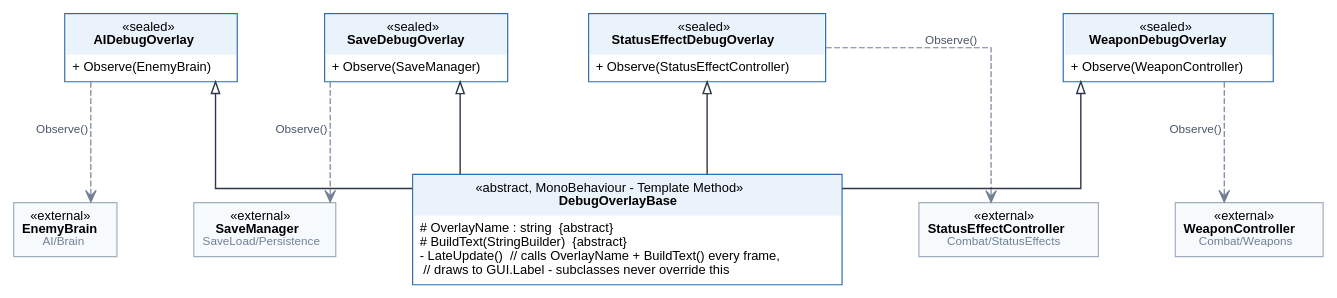
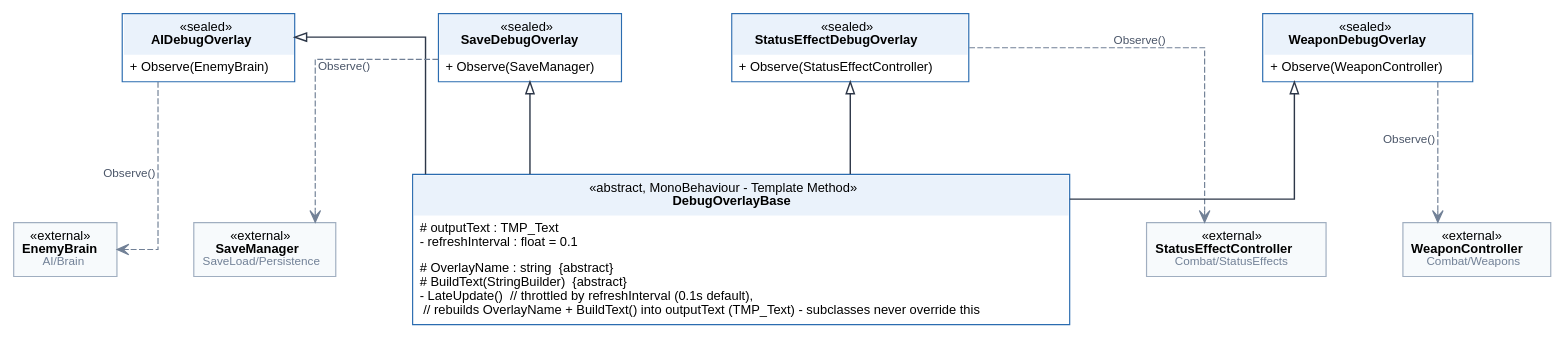
The diagram in Docs/diagrams/debugtools-class-diagram.dot (Kandy2705/Tactical-Echo), drawn with Graphviz before and after one commit. The commit also changed 7 other files, not shown here.

```diff
--- a/Docs/diagrams/debugtools-class-diagram.dot
+++ b/Docs/diagrams/debugtools-class-diagram.dot
@@ -1,27 +1,27 @@
 digraph debugtools_class_diagram {
   rankdir=TB;
   bgcolor="white";
   fontname="Helvetica";
   splines=ortho;
   concentrate=false;
   node [fontname="Helvetica", fontsize=11];
   edge [fontname="Helvetica", fontsize=10];
   nodesep=0.9; ranksep=1.1;
-  "DebugOverlayBase" [shape=plain, label=<<table border="1" color="#2b6cb0" cellborder="0" cellspacing="0" bgcolor="white"><tr><td bgcolor="#eaf2fb" align="center" cellpadding="6">&laquo;abstract, MonoBehaviour - Template Method&raquo;<br/><b>DebugOverlayBase</b></td></tr><tr><td align="left" cellpadding="5"># OverlayName : string  {abstract}<br align="left"/># BuildText(StringBuilder)  {abstract}<br align="left"/>- LateUpdate()  // calls OverlayName + BuildText() every frame,<br align="left"/>  // draws to GUI.Label - subclasses never override this<br align="left"/></td></tr></table>>];
+  "DebugOverlayBase" [shape=plain, label=<<table border="1" color="#2b6cb0" cellborder="0" cellspacing="0" bgcolor="white"><tr><td bgcolor="#eaf2fb" align="center" cellpadding="6">&laquo;abstract, MonoBehaviour - Template Method&raquo;<br/><b>DebugOverlayBase</b></td></tr><tr><td align="left" cellpadding="5"># outputText : TMP_Text<br align="left"/>- refreshInterval : float = 0.1<br align="left"/></td></tr><tr><td align="left" cellpadding="5"># OverlayName : string  {abstract}<br align="left"/># BuildText(StringBuilder)  {abstract}<br align="left"/>- LateUpdate()  // throttled by refreshInterval (0.1s default),<br align="left"/>  // rebuilds OverlayName + BuildText() into outputText (TMP_Text) - subclasses never override this<br align="left"/></td></tr></table>>];
   "AIDebugOverlay" [shape=plain, label=<<table border="1" color="#2b6cb0" cellborder="0" cellspacing="0" bgcolor="white"><tr><td bgcolor="#eaf2fb" align="center" cellpadding="6">&laquo;sealed&raquo;<br/><b>AIDebugOverlay</b></td></tr><tr><td align="left" cellpadding="5">+ Observe(EnemyBrain)<br align="left"/></td></tr></table>>];
   "SaveDebugOverlay" [shape=plain, label=<<table border="1" color="#2b6cb0" cellborder="0" cellspacing="0" bgcolor="white"><tr><td bgcolor="#eaf2fb" align="center" cellpadding="6">&laquo;sealed&raquo;<br/><b>SaveDebugOverlay</b></td></tr><tr><td align="left" cellpadding="5">+ Observe(SaveManager)<br align="left"/></td></tr></table>>];
   "StatusEffectDebugOverlay" [shape=plain, label=<<table border="1" color="#2b6cb0" cellborder="0" cellspacing="0" bgcolor="white"><tr><td bgcolor="#eaf2fb" align="center" cellpadding="6">&laquo;sealed&raquo;<br/><b>StatusEffectDebugOverlay</b></td></tr><tr><td align="left" cellpadding="5">+ Observe(StatusEffectController)<br align="left"/></td></tr></table>>];
   "WeaponDebugOverlay" [shape=plain, label=<<table border="1" color="#2b6cb0" cellborder="0" cellspacing="0" bgcolor="white"><tr><td bgcolor="#eaf2fb" align="center" cellpadding="6">&laquo;sealed&raquo;<br/><b>WeaponDebugOverlay</b></td></tr><tr><td align="left" cellpadding="5">+ Observe(WeaponController)<br align="left"/></td></tr></table>>];
   "EnemyBrain" [shape=plain, label=<<table border="1" color="#a0aec0" cellborder="0" cellspacing="0" bgcolor="#f7fafc"><tr><td cellpadding="6">&laquo;external&raquo;<br/><b>EnemyBrain</b><br/><font point-size="10" color="#718096">AI/Brain</font></td></tr></table>>];
   "SaveManager" [shape=plain, label=<<table border="1" color="#a0aec0" cellborder="0" cellspacing="0" bgcolor="#f7fafc"><tr><td cellpadding="6">&laquo;external&raquo;<br/><b>SaveManager</b><br/><font point-size="10" color="#718096">SaveLoad/Persistence</font></td></tr></table>>];
   "StatusEffectController" [shape=plain, label=<<table border="1" color="#a0aec0" cellborder="0" cellspacing="0" bgcolor="#f7fafc"><tr><td cellpadding="6">&laquo;external&raquo;<br/><b>StatusEffectController</b><br/><font point-size="10" color="#718096">Combat/StatusEffects</font></td></tr></table>>];
   "WeaponController" [shape=plain, label=<<table border="1" color="#a0aec0" cellborder="0" cellspacing="0" bgcolor="#f7fafc"><tr><td cellpadding="6">&laquo;external&raquo;<br/><b>WeaponController</b><br/><font point-size="10" color="#718096">Combat/Weapons</font></td></tr></table>>];
   "AIDebugOverlay" -> "DebugOverlayBase" [dir=back, arrowtail=empty, style=solid, penwidth=1.2, color="#2d3748"];
   "SaveDebugOverlay" -> "DebugOverlayBase" [dir=back, arrowtail=empty, style=solid, penwidth=1.2, color="#2d3748"];
   "StatusEffectDebugOverlay" -> "DebugOverlayBase" [dir=back, arrowtail=empty, style=solid, penwidth=1.2, color="#2d3748"];
   "WeaponDebugOverlay" -> "DebugOverlayBase" [dir=back, arrowtail=empty, style=solid, penwidth=1.2, color="#2d3748"];
   "AIDebugOverlay" -> "EnemyBrain" [dir=forward, arrowhead=vee, style=dashed, penwidth=1.0, color="#718096", xlabel="Observe()", fontsize=10, fontcolor="#4a5568"];
   "SaveDebugOverlay" -> "SaveManager" [dir=forward, arrowhead=vee, style=dashed, penwidth=1.0, color="#718096", xlabel="Observe()", fontsize=10, fontcolor="#4a5568"];
   "StatusEffectDebugOverlay" -> "StatusEffectController" [dir=forward, arrowhead=vee, style=dashed, penwidth=1.0, color="#718096", xlabel="Observe()", fontsize=10, fontcolor="#4a5568"];
   "WeaponDebugOverlay" -> "WeaponController" [dir=forward, arrowhead=vee, style=dashed, penwidth=1.0, color="#718096", xlabel="Observe()", fontsize=10, fontcolor="#4a5568"];
 }
```
